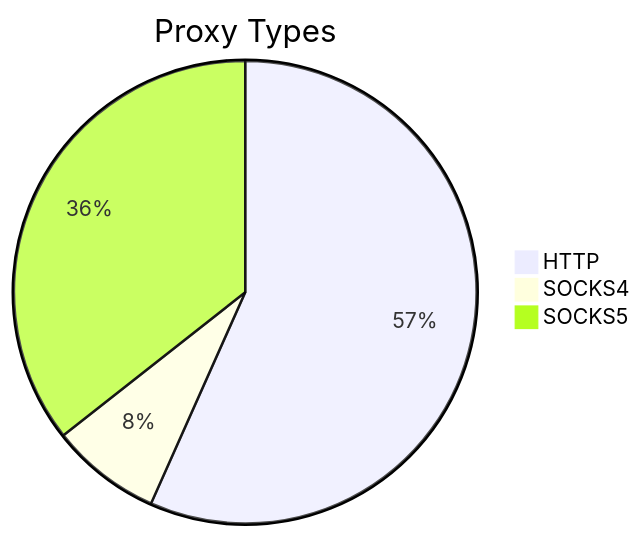
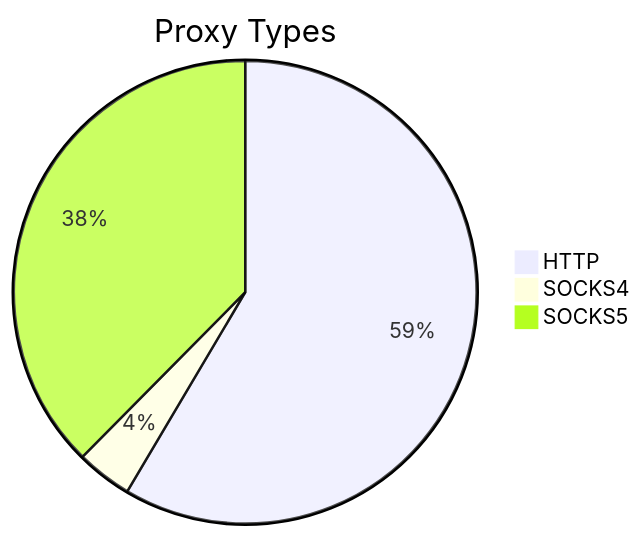
The first of 2 diagrams in README.md (stormsia/proxy-list), drawn with Mermaid before and after one commit. The commit also changed other lines of this file, not shown here.

````diff
--- a/README.md
+++ b/README.md
@@ -21,6 +21,6 @@
 ```mermaid
 pie title Proxy Types
-    "HTTP" : 191
-    "SOCKS4" : 26
-    "SOCKS5" : 120
+    "HTTP" : 165
+    "SOCKS4" : 11
+    "SOCKS5" : 106
 ```
````
